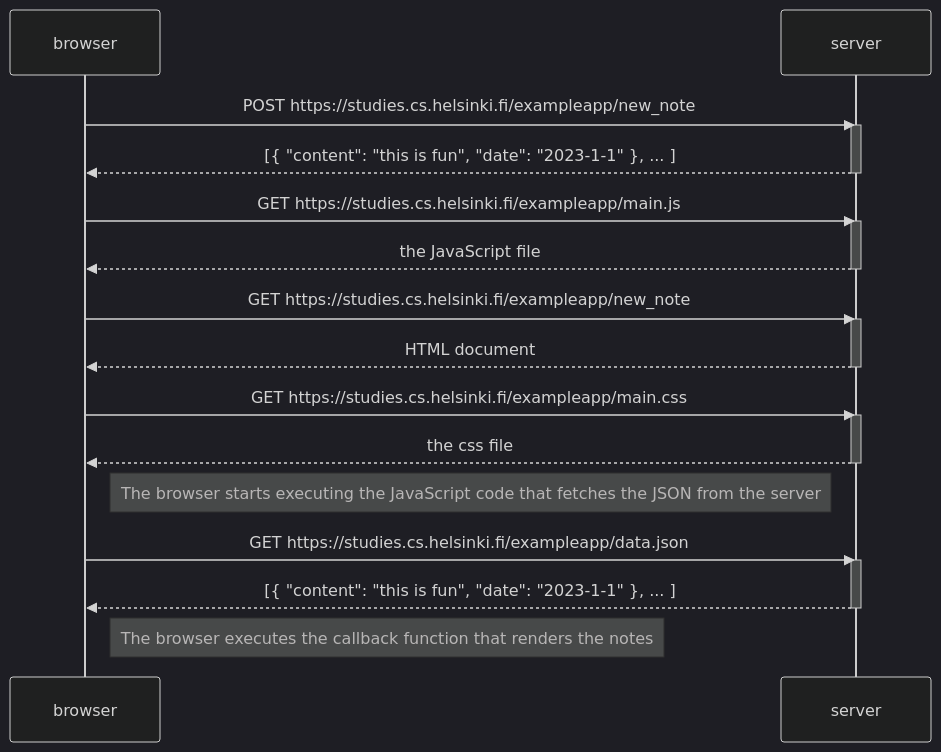
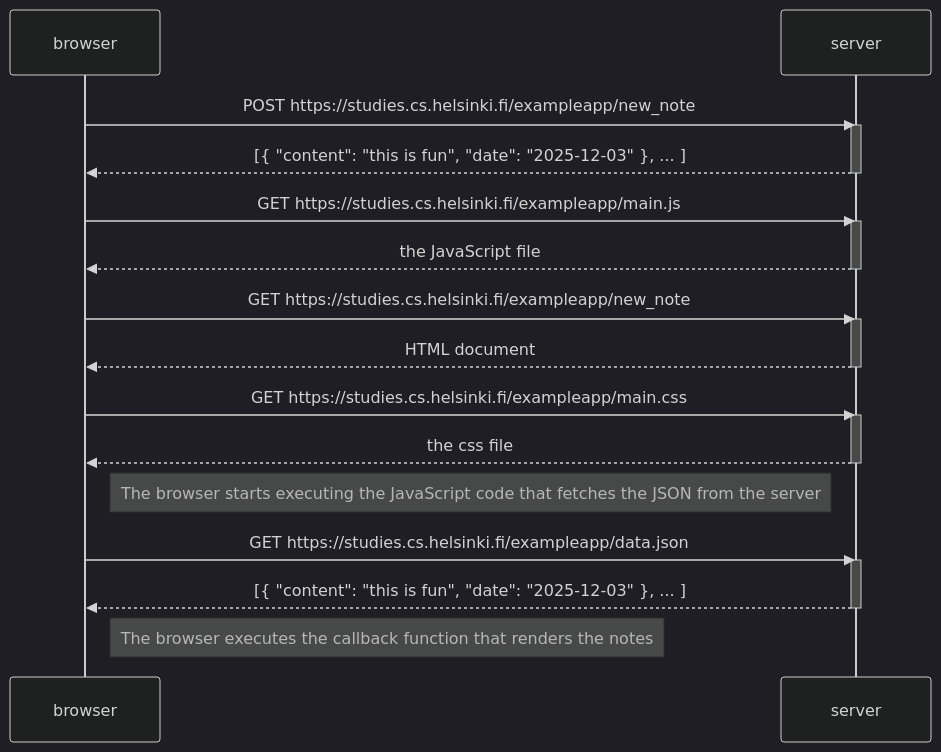
One commit to byteGabo/wordtest changed the diagram in README.md. Above: the diagram before and after it, drawn with Mermaid (dark theme).

````diff
--- a/README.md
+++ b/README.md
@@ -1,37 +1,37 @@
  ```mermaid
 
 sequenceDiagram
     participant browser
     participant server
 
     browser->>server: POST https://studies.cs.helsinki.fi/exampleapp/new_note
     activate server
-    server-->>browser: [{ "content": "this is fun", "date": "2023-1-1" }, ... ]
+    server-->>browser: [{ "content": "this is fun", "date": "2025-12-03" }, ... ]
     deactivate server
 
     browser->>server: GET https://studies.cs.helsinki.fi/exampleapp/main.js
     activate server
     server-->>browser: the JavaScript file
     deactivate server
 
     browser->>server: GET https://studies.cs.helsinki.fi/exampleapp/new_note
     activate server
     server-->>browser: HTML document
     deactivate server
 
     browser->>server: GET https://studies.cs.helsinki.fi/exampleapp/main.css
     activate server
     server-->>browser: the css file
     deactivate server
 
     Note right of browser: The browser starts executing the JavaScript code that fetches the JSON from the server
 
     browser->>server: GET https://studies.cs.helsinki.fi/exampleapp/data.json
     activate server
-    server-->>browser: [{ "content": "this is fun", "date": "2023-1-1" }, ... ]
+    server-->>browser: [{ "content": "this is fun", "date": "2025-12-03" }, ... ]
     deactivate server
 
     Note right of browser: The browser executes the callback function that renders the notes
 
 
 ```
````
